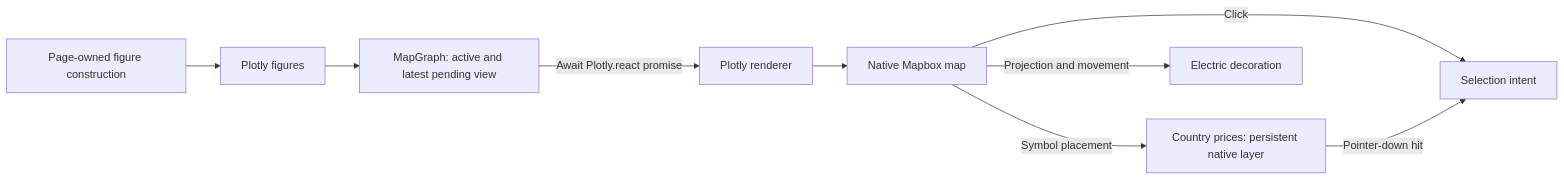
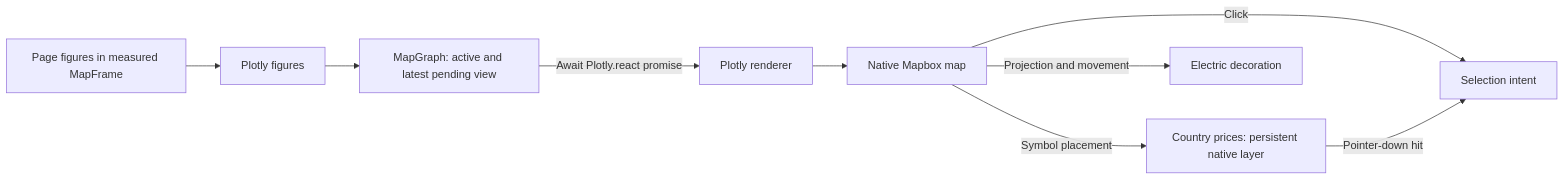
One commit to zoltanmaric/coppersushi changed the diagram in coppersushi/frontend/map/README.md. Above: the diagram before and after it, drawn with Mermaid. The commit also changed other lines of this file and 18 other files, not shown here.

Commit message:
Share map frame, rendering, interval controls and loading presentation

````diff
--- a/coppersushi/frontend/map/README.md
+++ b/coppersushi/frontend/map/README.md
@@ -7,11 +7,11 @@
 ```mermaid
 flowchart LR
-    data["Page-owned figure construction"] --> figures["Plotly figures"]
+    data["Page figures in measured MapFrame"] --> figures["Plotly figures"]
     figures --> latest["MapGraph: active and latest pending view"]
     latest -->|Await Plotly.react promise| renderer["Plotly renderer"]
     renderer --> map["Native Mapbox map"]
     map -->|Symbol placement| labels["Country prices: persistent native layer"]
     map -->|Projection and movement| decoration["Electric decoration"]
     map -->|Click| intent["Selection intent"]
     labels -->|Pointer-down hit| intent
 ```
````
